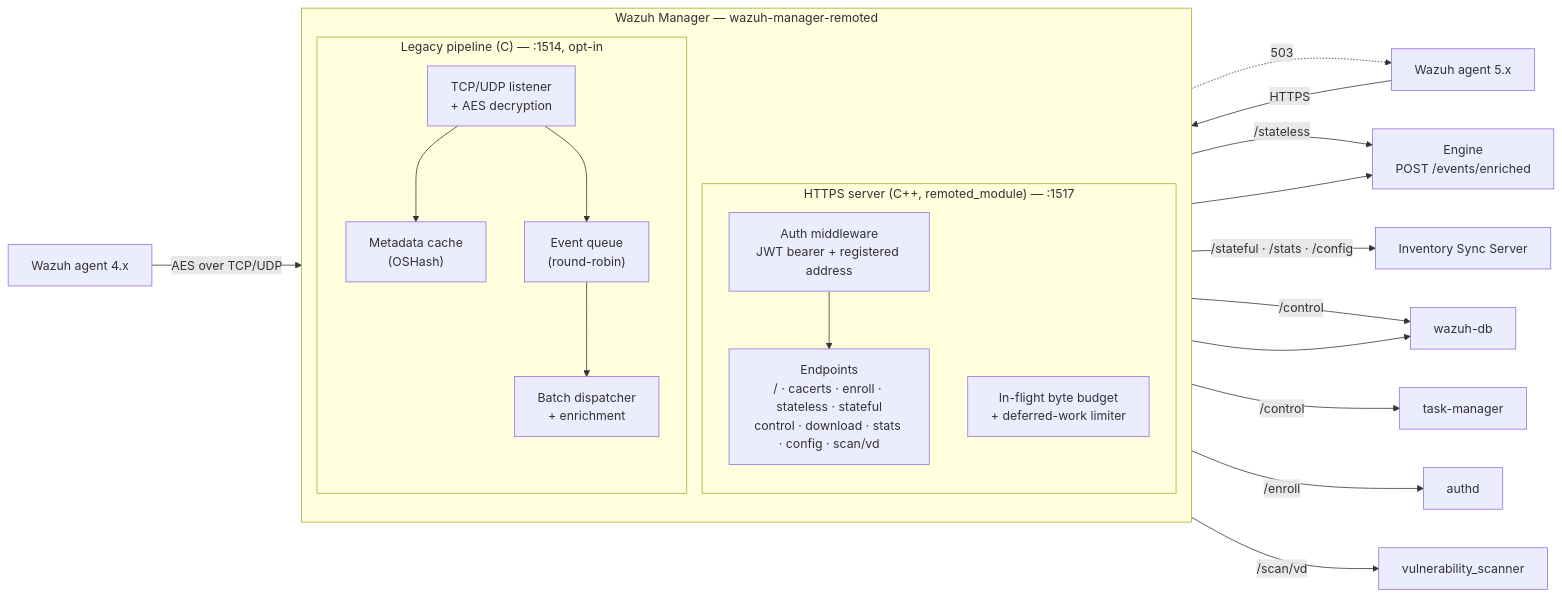
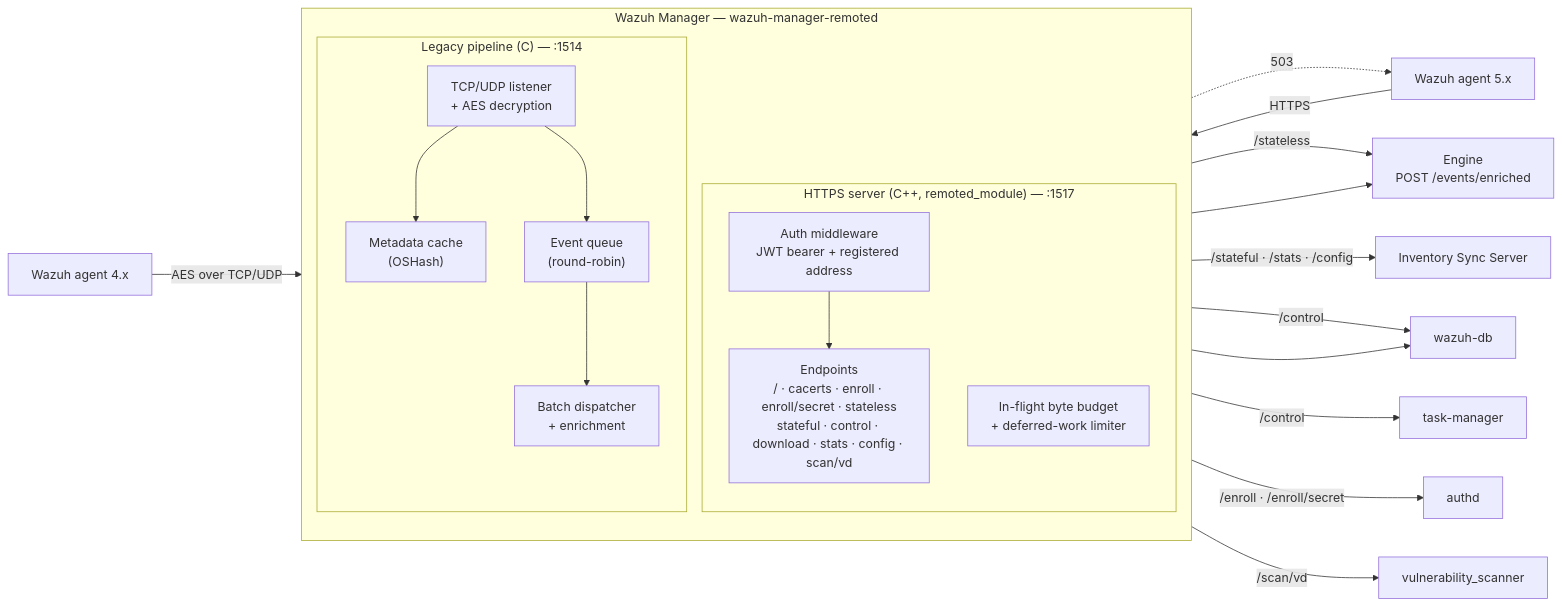
Before and after one commit to wazuh/wazuh: the diagram in docs/ref/modules/remoted/architecture.md, drawn with Mermaid. The commit also changed other lines of this file and 232 other files, not shown here.

````diff
--- a/docs/ref/modules/remoted/architecture.md
+++ b/docs/ref/modules/remoted/architecture.md
@@ -28,42 +29,42 @@
 ```mermaid
 flowchart LR
     A5["Wazuh agent 5.x"]
     A4["Wazuh agent 4.x"]
 
     subgraph MGR["Wazuh Manager — wazuh-manager-remoted"]
         direction TB
         subgraph HTTPS["HTTPS server (C++, remoted_module) — :1517"]
             AUTH["Auth middleware<br/>JWT bearer + registered address"]
-            EP["Endpoints<br/>/ · cacerts · enroll · stateless · stateful<br/>control · download · stats · config · scan/vd"]
+            EP["Endpoints<br/>/ · cacerts · enroll · enroll/secret · stateless<br/>stateful · control · download · stats · config · scan/vd"]
             BUD["In-flight byte budget<br/>+ deferred-work limiter"]
         end
-        subgraph LEG["Legacy pipeline (C) — :1514, opt-in"]
+        subgraph LEG["Legacy pipeline (C) — :1514"]
             LIS["TCP/UDP listener<br/>+ AES decryption"]
             META["Metadata cache<br/>(OSHash)"]
             EQ["Event queue<br/>(round-robin)"]
             DISP["Batch dispatcher<br/>+ enrichment"]
         end
     end
 
     ENG["Engine<br/>POST /events/enriched"]
     SYNC["Inventory Sync Server"]
     WDB["wazuh-db"]
     AUTHD["authd"]
     TASK["task-manager"]
     VD["vulnerability_scanner"]
 
     A5 -->|HTTPS| AUTH --> EP
     BUD -.->|503| A5
     A4 -->|"AES over TCP/UDP"| LIS
     LIS --> META
     LIS --> EQ --> DISP
 
     EP -->|"/stateless"| ENG
     EP -->|"/stateful · /stats · /config"| SYNC
     EP -->|"/control"| WDB
     EP -->|"/control"| TASK
-    EP -->|"/enroll"| AUTHD
+    EP -->|"/enroll · /enroll/secret"| AUTHD
     EP -->|"/scan/vd"| VD
     DISP --> ENG
     META --> WDB
 ```
````
